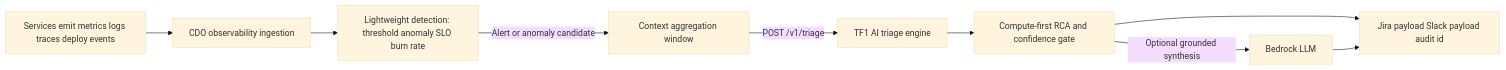
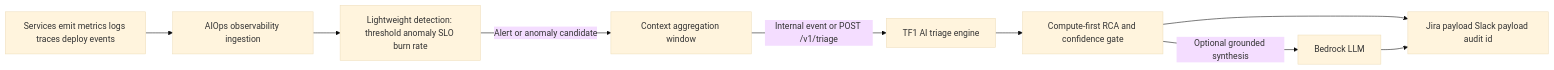
One commit to c0mmie-b0msh3ll/xBrain-capstone2 changed the diagram in capstone/tf-1/ai/docs/02_solution_design.md. Above: the diagram before and after it, drawn with Mermaid (base theme). The commit also changed other lines of this file and 10 other files, not shown here.

````diff
--- a/capstone/tf-1/ai/docs/02_solution_design.md
+++ b/capstone/tf-1/ai/docs/02_solution_design.md
@@ -11,11 +11,11 @@
 ```mermaid
 graph LR
-    A[Services emit metrics logs traces deploy events] --> B[CDO observability ingestion]
+    A[Services emit metrics logs traces deploy events] --> B[AIOps observability ingestion]
     B --> C[Lightweight detection: threshold anomaly SLO burn rate]
     C -->|Alert or anomaly candidate| D[Context aggregation window]
-    D -->|POST /v1/triage| E[TF1 AI triage engine]
+    D -->|Internal event or POST /v1/triage| E[TF1 AI triage engine]
     E --> F[Compute-first RCA and confidence gate]
     F -->|Optional grounded synthesis| G[Bedrock LLM]
     F --> H[Jira payload Slack payload audit id]
     G --> H
 ```
````
